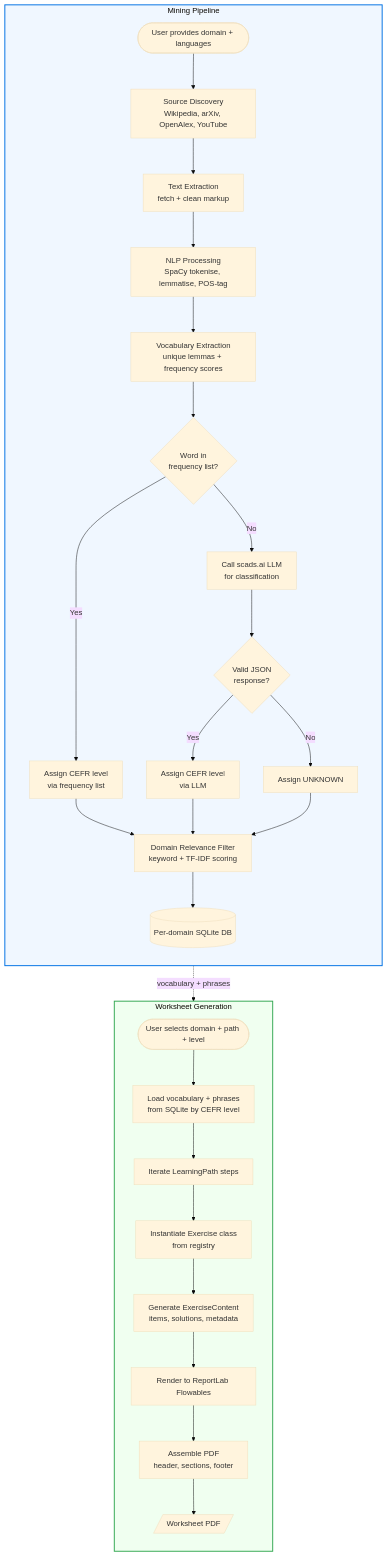
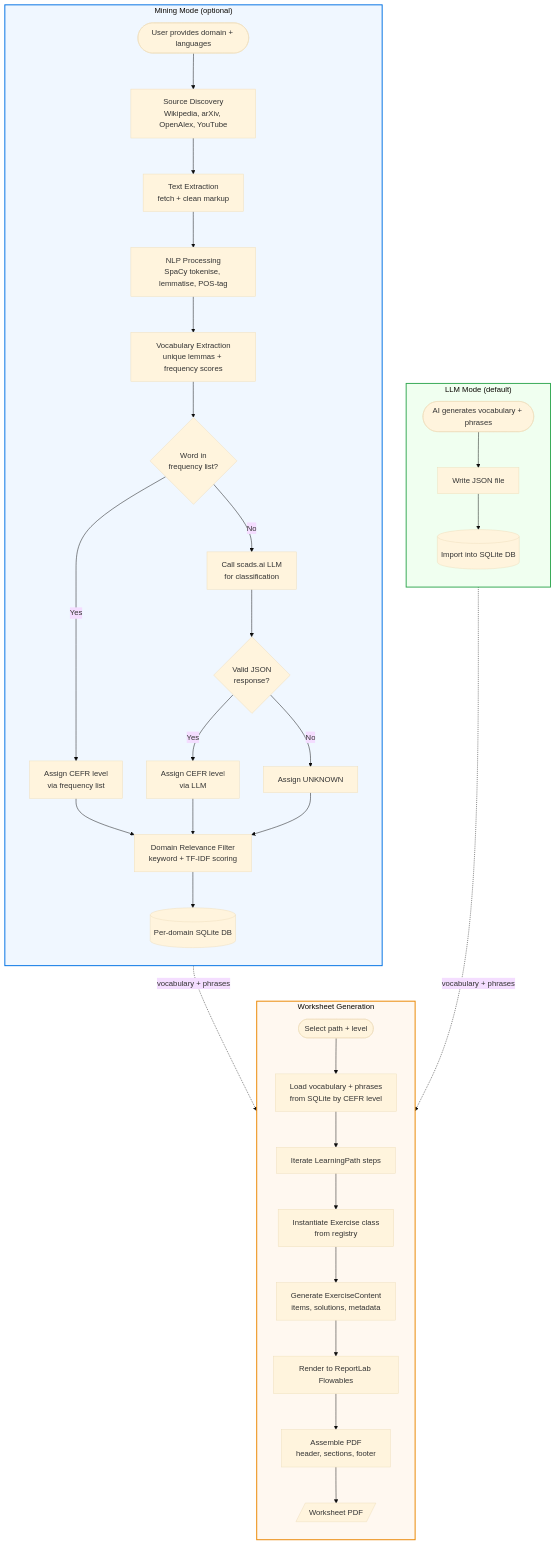
Before and after one commit to joernmht/langwich: the second of 2 diagrams in README.md, drawn with Mermaid (base theme). The commit also changed other lines of this file and 8 other files, not shown here.

First line of the commit message:
Make LLM the default NLP backend, SpaCy and APIs optional

````diff
--- a/README.md
+++ b/README.md
@@ -145,45 +223,55 @@
 ```mermaid
 flowchart TB
-    subgraph MINING["Mining Pipeline"]
+    subgraph LLM_MODE["LLM Mode (default)"]
+        direction TB
+        L1([AI generates vocabulary + phrases])
+        L2[Write JSON file]
+        L3[(Import into SQLite DB)]
+        L1 --> L2 --> L3
+    end
+
+    subgraph MINING["Mining Mode (optional)"]
         direction TB
         M1([User provides domain + languages])
         M2[Source Discovery<br/>Wikipedia, arXiv, OpenAlex, YouTube]
         M3[Text Extraction<br/>fetch + clean markup]
         M4[NLP Processing<br/>SpaCy tokenise, lemmatise, POS-tag]
         M5[Vocabulary Extraction<br/>unique lemmas + frequency scores]
         M6{Word in<br/>frequency list?}
         M7[Assign CEFR level<br/>via frequency list]
         M8[Call scads.ai LLM<br/>for classification]
         M9{Valid JSON<br/>response?}
         M10[Assign CEFR level<br/>via LLM]
         M11[Assign UNKNOWN]
         M12[Domain Relevance Filter<br/>keyword + TF-IDF scoring]
         M13[(Per-domain SQLite DB)]
 
         M1 --> M2 --> M3 --> M4 --> M5 --> M6
         M6 -- Yes --> M7 --> M12
         M6 -- No --> M8 --> M9
         M9 -- Yes --> M10 --> M12
         M9 -- No --> M11 --> M12
         M12 --> M13
     end
 
     subgraph GENERATION["Worksheet Generation"]
         direction TB
-        G1([User selects domain + path + level])
+        G1([Select path + level])
         G2[Load vocabulary + phrases<br/>from SQLite by CEFR level]
         G3[Iterate LearningPath steps]
         G4[Instantiate Exercise class<br/>from registry]
         G5[Generate ExerciseContent<br/>items, solutions, metadata]
         G6[Render to ReportLab Flowables]
         G7[Assemble PDF<br/>header, sections, footer]
         G8[/Worksheet PDF/]
 
         G1 --> G2 --> G3 --> G4 --> G5 --> G6 --> G7 --> G8
     end
 
+    L3 -.->|vocabulary + phrases| G2
     M13 -.->|vocabulary + phrases| G2
 
+    style LLM_MODE fill:#f0fff0,stroke:#34a853,stroke-width:2px
     style MINING fill:#f0f7ff,stroke:#0071E3,stroke-width:2px
-    style GENERATION fill:#f0fff0,stroke:#34a853,stroke-width:2px
+    style GENERATION fill:#fff8f0,stroke:#ea8600,stroke-width:2px
 ```
````
